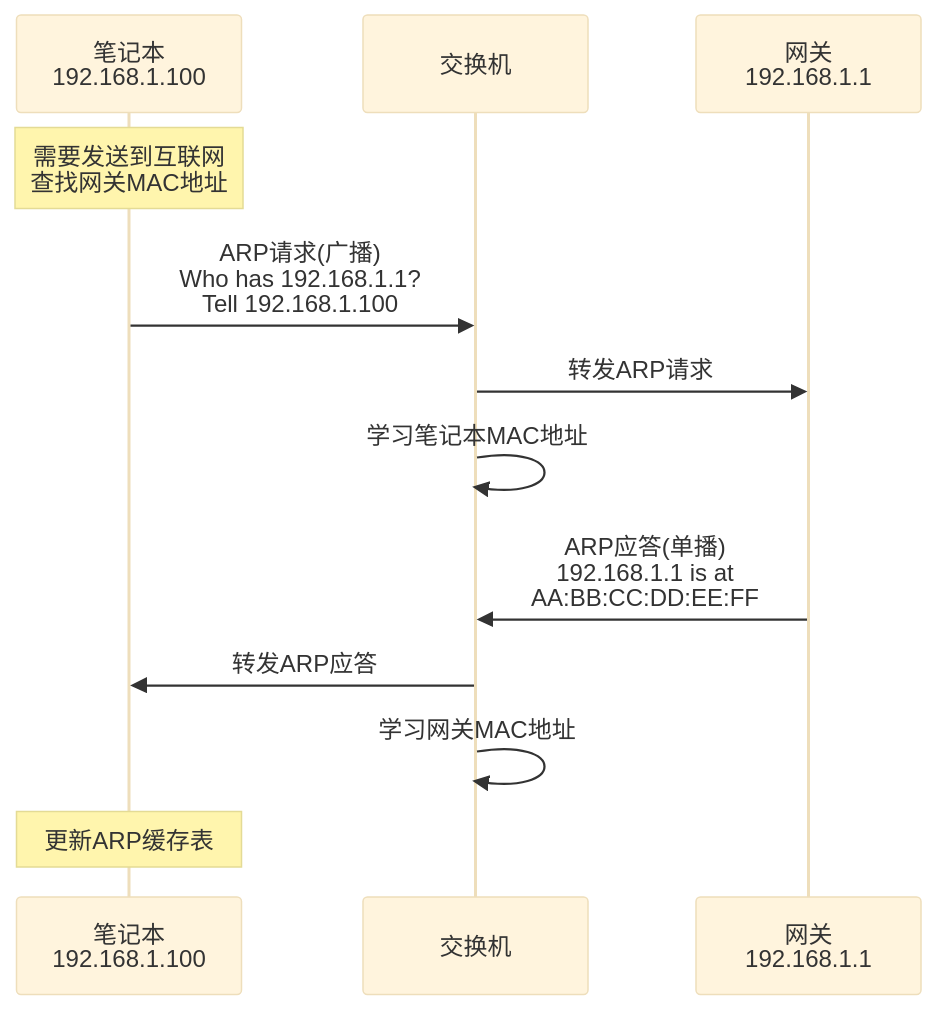
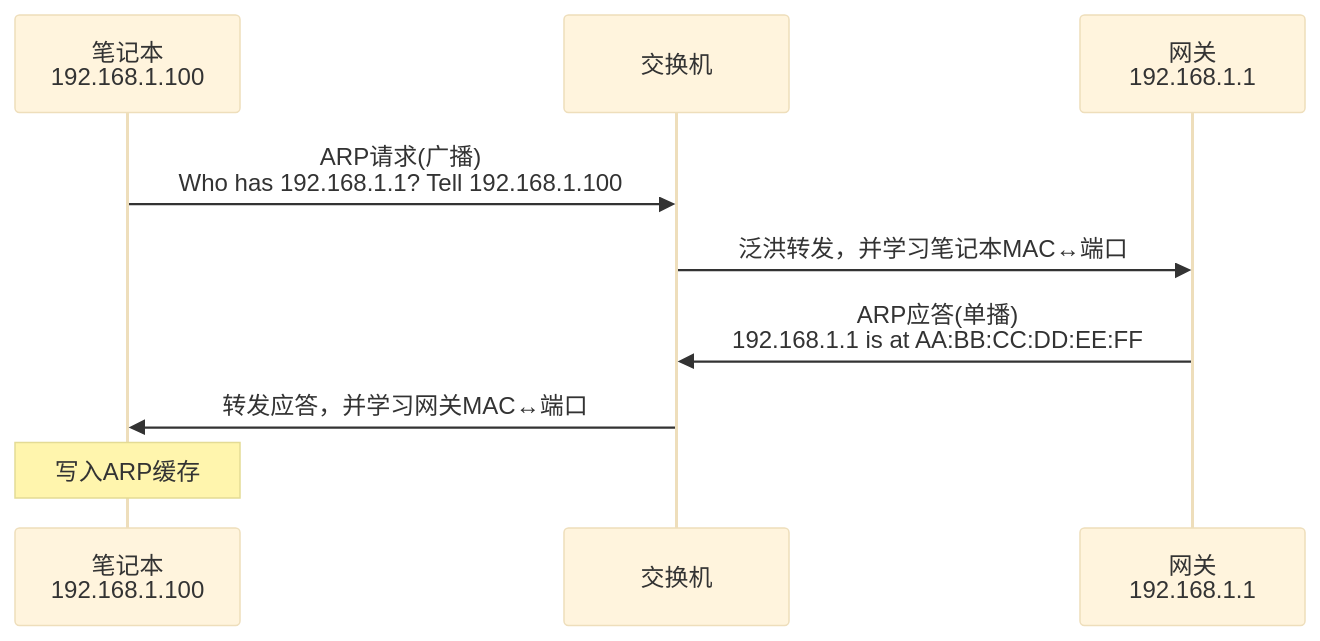
One commit to Dtheme/CS-base changed the third of 7 diagrams in 计算机网络/6.7链路层：Web请求历程.md. Above: the diagram before and after it, drawn with Mermaid (base theme). The commit also changed other lines of this file and 51 other files, not shown here.

````diff
--- a/计算机网络/6.7链路层：Web请求历程.md
+++ b/计算机网络/6.7链路层：Web请求历程.md
@@ -170,18 +145,12 @@
 ```mermaid
 sequenceDiagram
     participant Laptop as 笔记本<br/>192.168.1.100
     participant Switch as 交换机
     participant Gateway as 网关<br/>192.168.1.1
-    
-    Note over Laptop: 需要发送到互联网<br/>查找网关MAC地址
-    
-    Laptop->>Switch: ARP请求(广播)<br/>Who has 192.168.1.1?<br/>Tell 192.168.1.100
-    Switch->>Gateway: 转发ARP请求
-    Switch->>Switch: 学习笔记本MAC地址
-    
-    Gateway->>Switch: ARP应答(单播)<br/>192.168.1.1 is at<br/>AA:BB:CC:DD:EE:FF
-    Switch->>Laptop: 转发ARP应答
-    Switch->>Switch: 学习网关MAC地址
-    
-    Note over Laptop: 更新ARP缓存表
+
+    Laptop->>Switch: ARP请求(广播)<br/>Who has 192.168.1.1? Tell 192.168.1.100
+    Switch->>Gateway: 泛洪转发，并学习笔记本MAC↔端口
+    Gateway->>Switch: ARP应答(单播)<br/>192.168.1.1 is at AA:BB:CC:DD:EE:FF
+    Switch->>Laptop: 转发应答，并学习网关MAC↔端口
+    Note over Laptop: 写入ARP缓存
 ```
````
